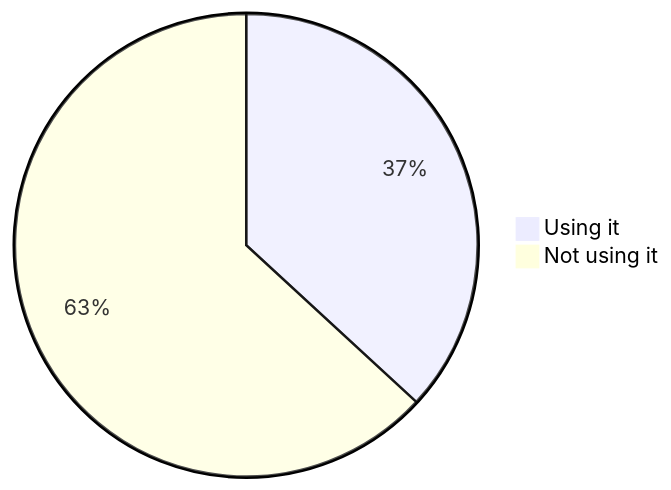
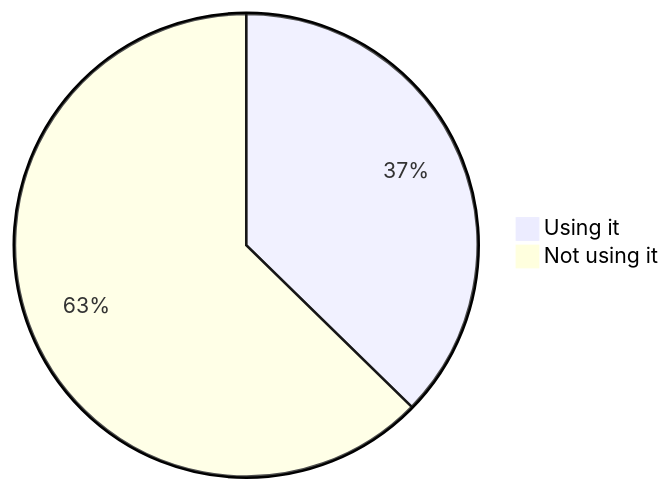
Before and after one commit to oshp/oshp-stats: diagram 16 of 22 in stats.md, drawn with Mermaid. The commit also changed other lines of this file, not shown here.

````diff
--- a/stats.md
+++ b/stats.md
@@ -190,6 +190,6 @@
 ```mermaid
 pie
-	"Using it" : 36.85
-	"Not using it" : 63.15
+	"Using it" : 37.31
+	"Not using it" : 62.69
 
 ```
````
